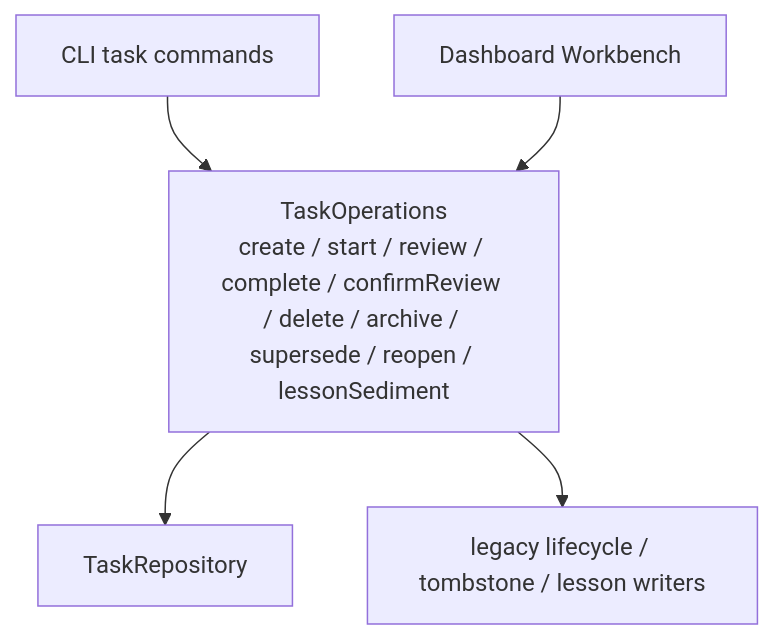
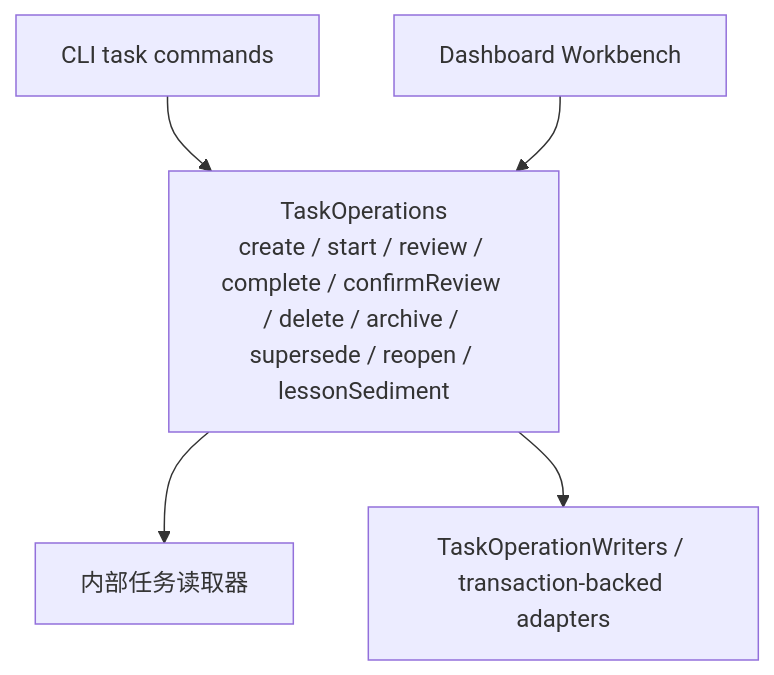
The fifth of 7 diagrams in docs-release/architecture/system-explainer/02-module-dependency.md (FairladyZ625/coding-agent-harness), drawn with Mermaid before and after one commit. The commit also changed other lines of this file and 8 other files, not shown here.

Commit message:
docs(architecture): align release docs with retired package surface

````diff
--- a/docs-release/architecture/system-explainer/02-module-dependency.md
+++ b/docs-release/architecture/system-explainer/02-module-dependency.md
@@ -98,13 +99,13 @@
 ```mermaid
 flowchart TD
   CLI["CLI task commands"]
   Workbench["Dashboard Workbench"]
   Ops["TaskOperations\ncreate / start / review / complete / confirmReview / delete / archive / supersede / reopen / lessonSediment"]
-  Repo["TaskRepository"]
-  LegacyWrite["legacy lifecycle / tombstone / lesson writers"]
+  Read["内部任务读取器"]
+  Writers["TaskOperationWriters / transaction-backed adapters"]
 
   CLI --> Ops
   Workbench --> Ops
-  Ops --> Repo
-  Ops --> LegacyWrite
+  Ops --> Read
+  Ops --> Writers
 ```
````
